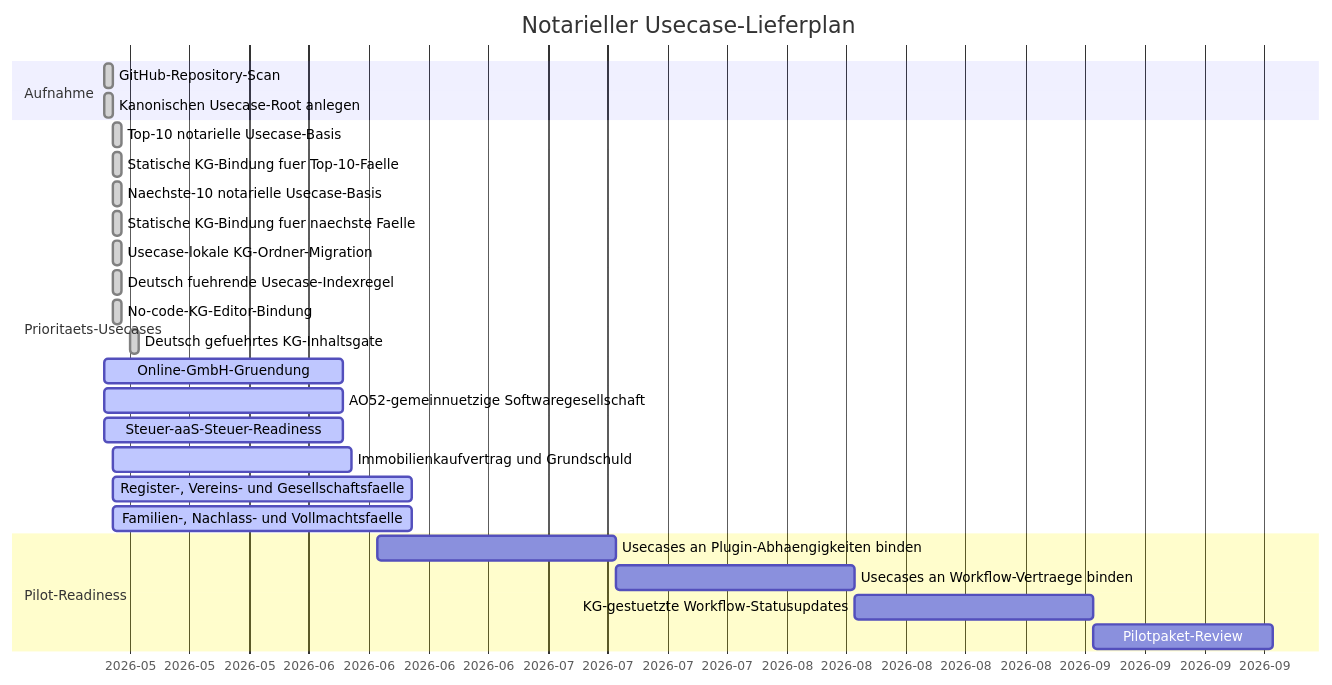
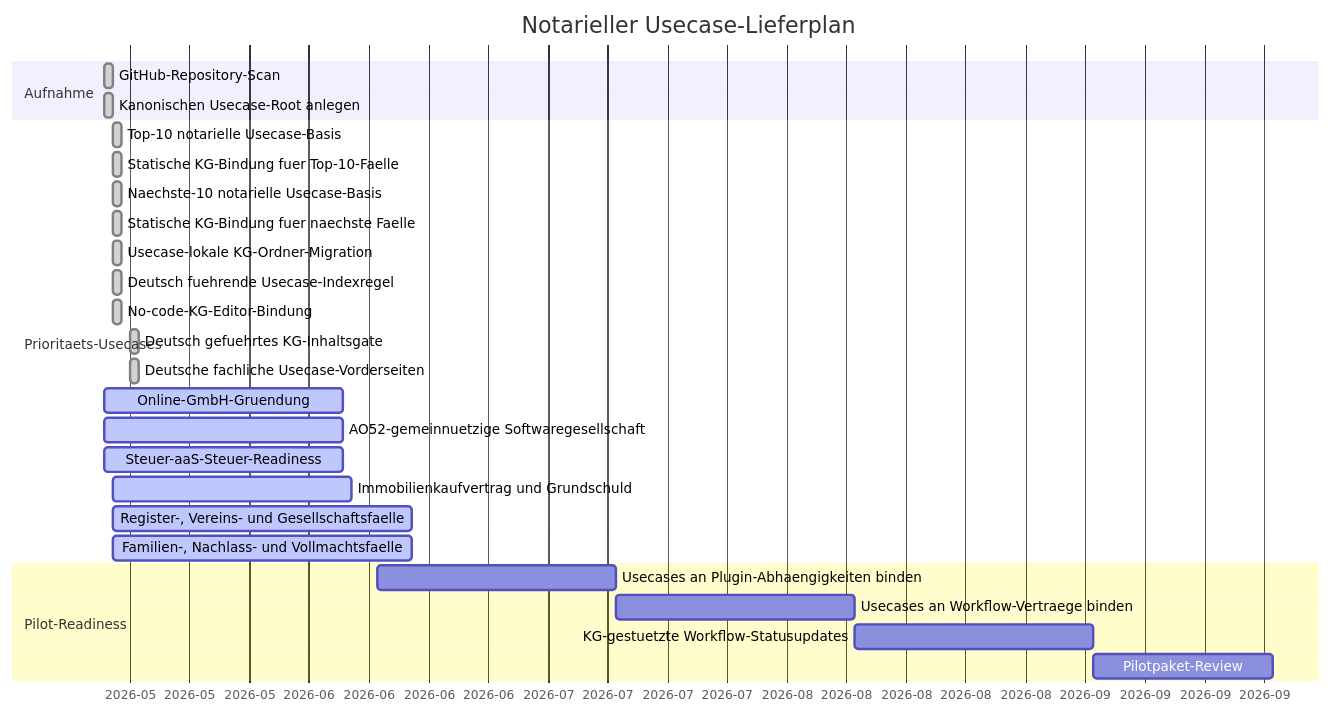
One commit to notariat8/NaC changed the diagram in usecases/GANTT.md. Above: the diagram before and after it, drawn with Mermaid. The commit also changed other lines of this file and 45 other files, not shown here.

````diff
--- a/usecases/GANTT.md
+++ b/usecases/GANTT.md
@@ -5,32 +5,33 @@
 ```mermaid
 gantt
     title Notarieller Usecase-Lieferplan
     dateFormat  YYYY-MM-DD
     axisFormat  %Y-%m
 
     section Aufnahme
     GitHub-Repository-Scan                     :done,   u1, 2026-05-14, 1d
     Kanonischen Usecase-Root anlegen           :done,   u2, 2026-05-14, 1d
 
     section Prioritaets-Usecases
     Top-10 notarielle Usecase-Basis            :done,   u3, 2026-05-15, 1d
     Statische KG-Bindung fuer Top-10-Faelle    :done,   u4, 2026-05-15, 1d
     Naechste-10 notarielle Usecase-Basis       :done,   u5, 2026-05-15, 1d
     Statische KG-Bindung fuer naechste Faelle  :done,   u6, 2026-05-15, 1d
     Usecase-lokale KG-Ordner-Migration         :done,   u6a, 2026-05-15, 1d
     Deutsch fuehrende Usecase-Indexregel       :done,   u6b, 2026-05-15, 1d
     No-code-KG-Editor-Bindung                  :done,   u6c, 2026-05-15, 1d
     Deutsch gefuehrtes KG-Inhaltsgate          :done,   u6d, 2026-05-17, 1d
+    Deutsche fachliche Usecase-Vorderseiten     :done,   u6e, 2026-05-17, 1d
     Online-GmbH-Gruendung                      :active, u7, 2026-05-14, 28d
     AO52-gemeinnuetzige Softwaregesellschaft   :active, u8, 2026-05-14, 28d
     Steuer-aaS-Steuer-Readiness                :active, u9, 2026-05-14, 28d
     Immobilienkaufvertrag und Grundschuld      :active, u10, 2026-05-15, 28d
     Register-, Vereins- und Gesellschaftsfaelle :active, u11, 2026-05-15, 35d
     Familien-, Nachlass- und Vollmachtsfaelle  :active, u12, 2026-05-15, 35d
 
     section Pilot-Readiness
     Usecases an Plugin-Abhaengigkeiten binden  :        u13, 2026-06-15, 28d
     Usecases an Workflow-Vertraege binden      :        u14, after u13, 28d
     KG-gestuetzte Workflow-Statusupdates       :        u15, after u14, 28d
     Pilotpaket-Review                          :        u16, after u15, 21d
 ```
````
